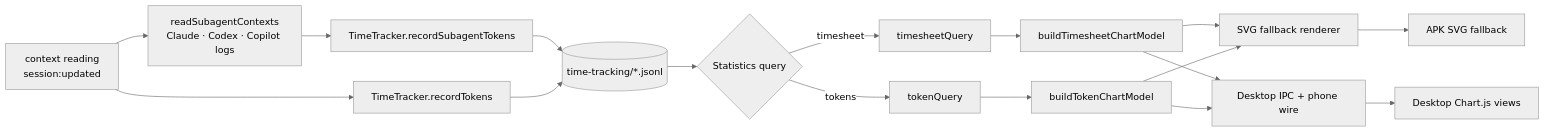
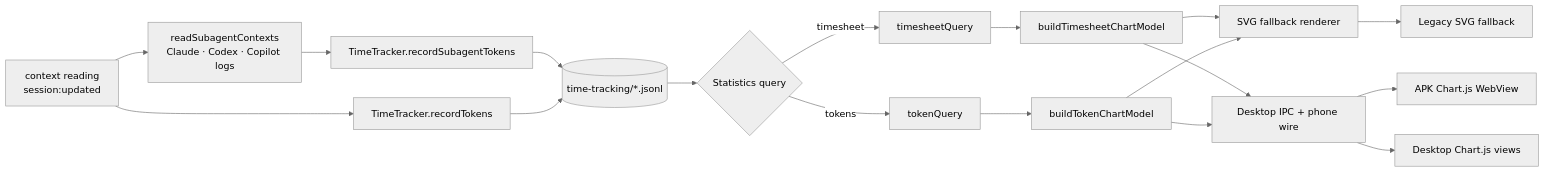
Before and after one commit to PetePeter/helm: the second of 3 diagrams in docs/time-tracking.md, drawn with Mermaid (neutral theme). The commit also changed other lines of this file and 6 other files, not shown here.

Commit message:
feat(stats): render Android charts with Chart.js

````diff
--- a/docs/time-tracking.md
+++ b/docs/time-tracking.md
@@ -53,18 +53,19 @@
 ```mermaid
 graph LR
   CU[context reading<br/>session:updated] --> TT[TimeTracker.recordTokens]
   CU --> SA[readSubagentContexts<br/>Claude · Codex · Copilot logs] --> TS[TimeTracker.recordSubagentTokens]
   TS --> J
   TT --> J[(time-tracking/*.jsonl)]
   J --> Q{Statistics query}
   Q -->|timesheet| T[timesheetQuery]
   Q -->|tokens| K[tokenQuery]
   T --> CM[buildTimesheetChartModel]
   K --> CM2[buildTokenChartModel]
   CM --> C[SVG fallback renderer]
   CM2 --> C
   CM --> D[Desktop IPC + phone wire]
   CM2 --> D
-  C --> A[APK SVG fallback]
+  C --> A[Legacy SVG fallback]
+  D --> A2[APK Chart.js WebView]
   D --> U[Desktop Chart.js views]
 ```
````
